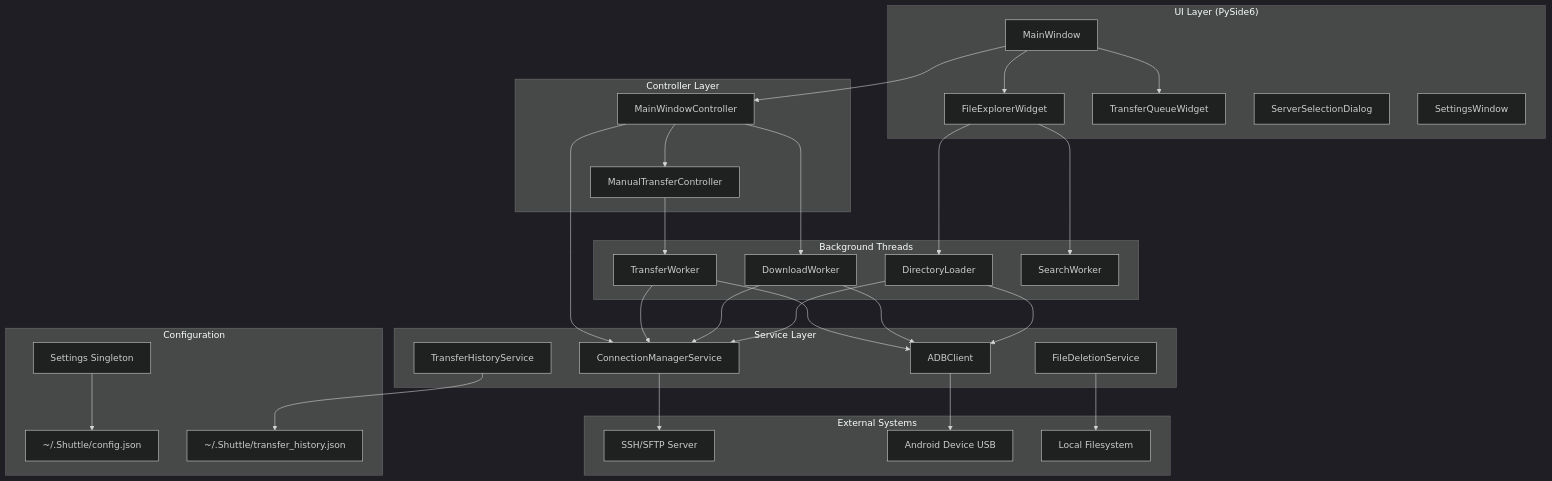
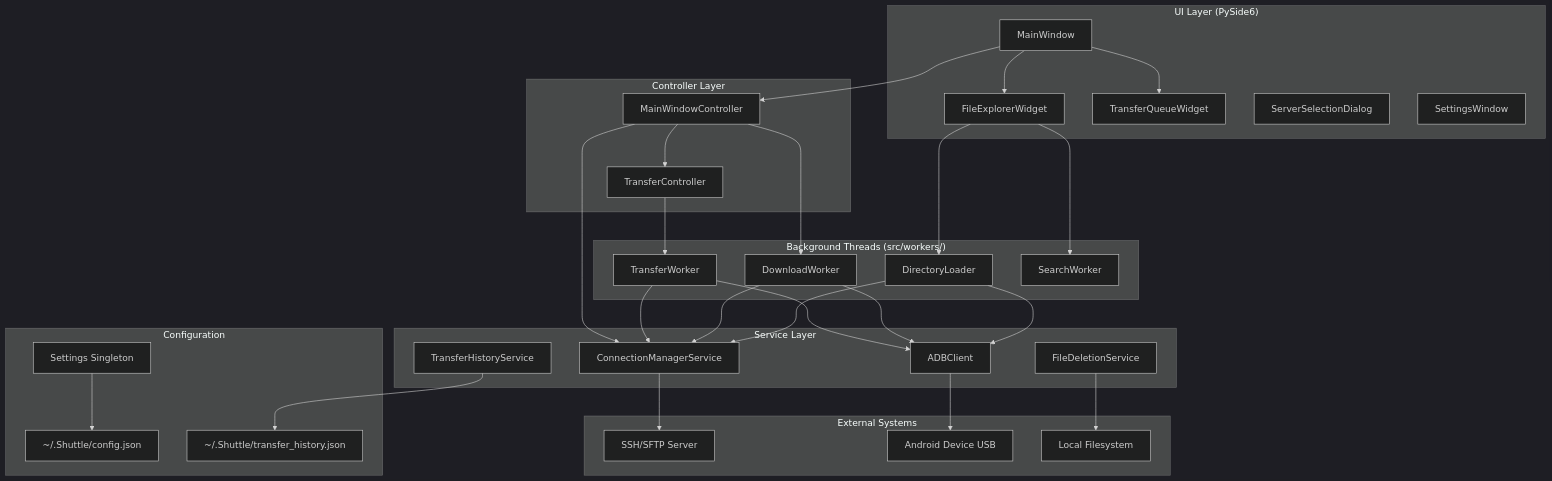
The first of 5 diagrams in docs/SYSTEM_DIAGRAM.md (imlocle/filesling), drawn with Mermaid (dark theme) before and after one commit. The commit also changed other lines of this file and 21 other files, not shown here.

````diff
--- a/docs/SYSTEM_DIAGRAM.md
+++ b/docs/SYSTEM_DIAGRAM.md
@@ -5,64 +5,64 @@
 ```mermaid
 graph TB
     subgraph UI["UI Layer (PySide6)"]
         MW[MainWindow]
         FE[FileExplorerWidget]
         TQ[TransferQueueWidget]
         SD[ServerSelectionDialog]
         SW[SettingsWindow]
     end
 
     subgraph Controllers["Controller Layer"]
         MWC[MainWindowController]
-        MTC[ManualTransferController]
+        MTC[TransferController]
     end
 
-    subgraph Workers["Background Threads"]
+    subgraph Workers["Background Threads (src/workers/)"]
         TW[TransferWorker]
         DW[DownloadWorker]
         DL[DirectoryLoader]
         SR[SearchWorker]
     end
 
     subgraph Services["Service Layer"]
         CM[ConnectionManagerService]
         ADB[ADBClient]
         FDS[FileDeletionService]
         THS[TransferHistoryService]
     end
 
     subgraph External["External Systems"]
         SSH[SSH/SFTP Server]
         Android[Android Device USB]
         FS[Local Filesystem]
     end
 
     subgraph Config["Configuration"]
         Settings[Settings Singleton]
         JSON["~/.Shuttle/config.json"]
         History["~/.Shuttle/transfer_history.json"]
     end
 
     MW --> MWC
     MW --> FE
     MW --> TQ
     MWC --> MTC
     MWC --> CM
     MWC --> DW
     MTC --> TW
     FE --> DL
     FE --> SR
 
     CM --> SSH
     ADB --> Android
     FDS --> FS
     THS --> History
     Settings --> JSON
 
     TW --> CM
     TW --> ADB
     DW --> CM
     DW --> ADB
     DL --> CM
     DL --> ADB
 ```
````
